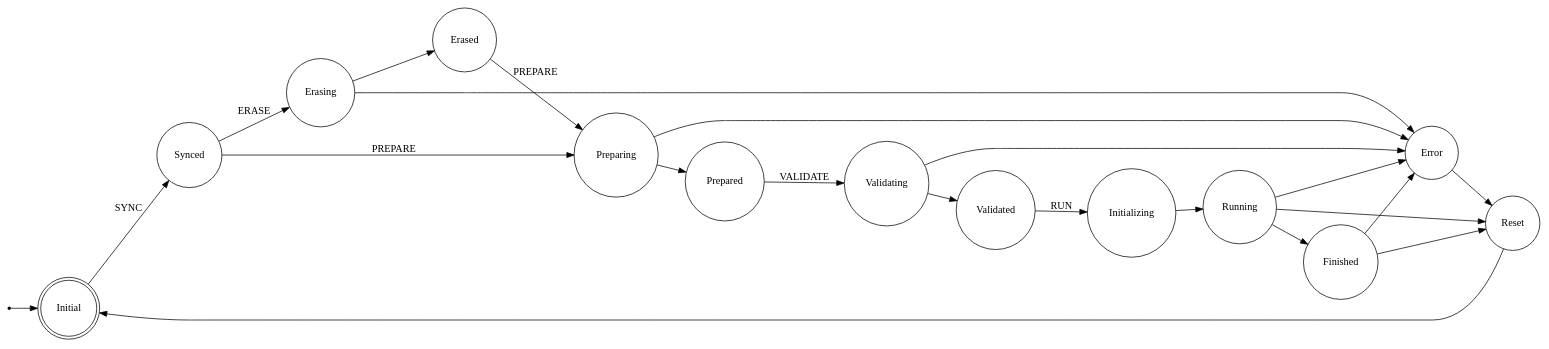
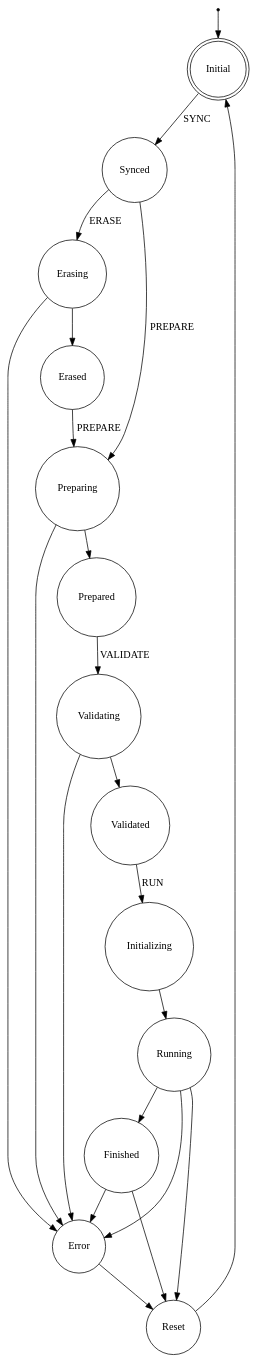
Before and after one commit to codelabs-ch/muen: the diagram in components/example/doc/subject_init_fsm.dot, drawn with Graphviz. The commit also changed 10 other files, not shown here.

```diff
--- a/components/example/doc/subject_init_fsm.dot
+++ b/components/example/doc/subject_init_fsm.dot
@@ -1,29 +1,27 @@
 digraph subject_init_fsm {
-	rankdir=LR;
-
 	node [shape = doublecircle]; Initial;
 	node [shape = point ]; Start
 
 	node [shape = circle];
 	Start        -> Initial;
 	Initial      -> Synced       [ label = "SYNC" ];
 	Synced       -> Erasing      [ label = "ERASE" ];
 	Erasing      -> Erased;
 	Erased       -> Preparing    [ label = "PREPARE" ];
 	Synced       -> Preparing    [ label = "PREPARE" ];
 	Preparing    -> Prepared;
 	Prepared     -> Validating   [ label = "VALIDATE" ];
 	Validating   -> Validated;
 	Validated    -> Initializing [ label = "RUN"];
 	Initializing -> Running;
 	Running      -> Finished;
 	Erasing      -> Error;
 	Preparing    -> Error;
 	Validating   -> Error;
 	Running      -> Error;
 	Finished     -> Error;
 	Error        -> Reset;
 	Running      -> Reset;
 	Finished     -> Reset;
 	Reset        -> Initial;
 }
```
